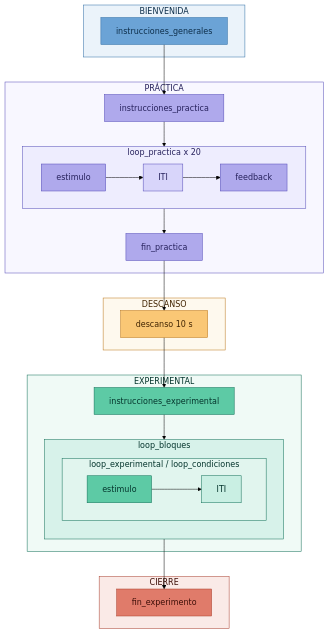
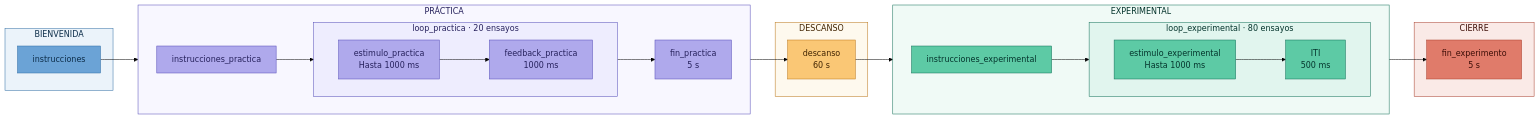
One commit to mlandaf/solucion_taller_4 changed the diagram in readme.md. Above: the diagram before and after it, drawn with Mermaid (forest theme). The commit also changed other lines of this file and 18 other files, not shown here.

````diff
--- a/readme.md
+++ b/readme.md
@@ -91,62 +103,65 @@
 ```mermaid
-flowchart TD
-    subgraph SB[BIENVENIDA]
-        A[instrucciones_generales]
+flowchart LR
+    subgraph SB["BIENVENIDA"]
+        A["instrucciones"]
     end
 
-    subgraph SP[PRÁCTICA]
-        B[instrucciones_practica]
+    subgraph SP["PRÁCTICA"]
+        direction LR
+        B["instrucciones_practica"]
+        subgraph LP["loop_practica · 20 ensayos"]
+            direction LR
+            P1["estimulo_practica<br/>Hasta 1000 ms"]
+            P2["feedback_practica<br/>1000 ms"]
+            P1 --> P2
+        end
+        C["fin_practica<br/>5 s"]
         B --> LP
-        subgraph LP["loop_practica x 20"]
-            P1[estimulo] --> PITI[ITI] --> P2[feedback]
-        end
-        LP --> C[fin_practica]
+        LP --> C
     end
 
-    subgraph SD[DESCANSO]
-        D[descanso 10 s]
+    subgraph SD["DESCANSO"]
+        D["descanso<br/>60 s"]
     end
 
-    subgraph SE[EXPERIMENTAL]
-        E[instrucciones_experimental]
-        E --> LB
-        subgraph LB["loop_bloques"]
-            direction TB
-            subgraph LE["loop_experimental / loop_condiciones"]
-                E1[estimulo] --> EITI[ITI]
-            end
+    subgraph SE["EXPERIMENTAL"]
+        direction LR
+        E["instrucciones_experimental"]
+        subgraph LE["loop_experimental · 80 ensayos"]
+            direction LR
+            E1["estimulo_experimental<br/>Hasta 1000 ms"]
+            E2["ITI<br/>500 ms"]
+            E1 --> E2
         end
+        E --> LE
     end
 
-    subgraph SC[CIERRE]
-        F[fin_experimento]
+    subgraph SC["CIERRE"]
+        F["fin_experimento<br/>5 s"]
     end
 
     A --> B
     C --> D
     D --> E
-    LB --> F
+    LE --> F
 
-    style A    fill:#6BA3D6,stroke:#2E6DA4,color:#0D2E4A
-    style F    fill:#E07B6A,stroke:#A83D2B,color:#3D0E07
-    style D    fill:#FAC775,stroke:#BA7517,color:#412402
+    classDef bienvenida fill:#6BA3D6,stroke:#2E6DA4,color:#0D2E4A
+    classDef practica fill:#AFA9EC,stroke:#534AB7,color:#26215C
+    classDef experimental fill:#5DCAA5,stroke:#0F6E56,color:#04342C
+    classDef descanso fill:#FAC775,stroke:#BA7517,color:#412402
+    classDef cierre fill:#E07B6A,stroke:#A83D2B,color:#3D0E07
 
-    style B    fill:#AFA9EC,stroke:#534AB7,color:#26215C
-    style C    fill:#AFA9EC,stroke:#534AB7,color:#26215C
-    style P1   fill:#AFA9EC,stroke:#534AB7,color:#26215C
-    style PITI fill:#D8D5FA,stroke:#534AB7,color:#26215C
-    style P2   fill:#AFA9EC,stroke:#534AB7,color:#26215C
-    style LP   fill:#EEEDFE,stroke:#534AB7,color:#26215C
+    class A bienvenida
+    class B,P1,P2,C practica
+    class E,E1,E2 experimental
+    class D descanso
+    class F cierre
 
-    style E    fill:#5DCAA5,stroke:#0F6E56,color:#04342C
-    style E1   fill:#5DCAA5,stroke:#0F6E56,color:#04342C
-    style EITI fill:#C9EFE3,stroke:#0F6E56,color:#04342C
-    style LE   fill:#E1F5EE,stroke:#0F6E56,color:#04342C
-    style LB   fill:#D7F2EA,stroke:#0F6E56,color:#04342C
-
-    style SB   fill:#EBF3FA,stroke:#2E6DA4,color:#0D2E4A
-    style SP   fill:#F8F7FF,stroke:#534AB7,color:#26215C
-    style SD   fill:#FEF9EE,stroke:#BA7517,color:#412402
-    style SE   fill:#F0FAF6,stroke:#0F6E56,color:#04342C
-    style SC   fill:#FAEAE7,stroke:#A83D2B,color:#3D0E07
+    style SB fill:#EBF3FA,stroke:#2E6DA4,color:#0D2E4A
+    style SP fill:#F8F7FF,stroke:#534AB7,color:#26215C
+    style LP fill:#EEEDFE,stroke:#534AB7,color:#26215C
+    style SD fill:#FEF9EE,stroke:#BA7517,color:#412402
+    style SE fill:#F0FAF6,stroke:#0F6E56,color:#04342C
+    style LE fill:#E1F5EE,stroke:#0F6E56,color:#04342C
+    style SC fill:#FAEAE7,stroke:#A83D2B,color:#3D0E07
 ```
````
